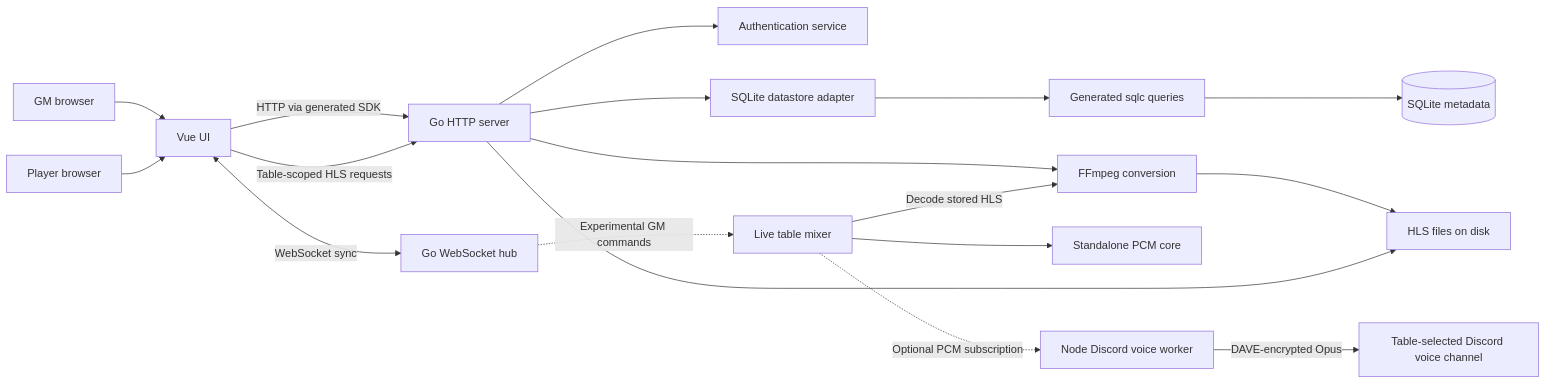
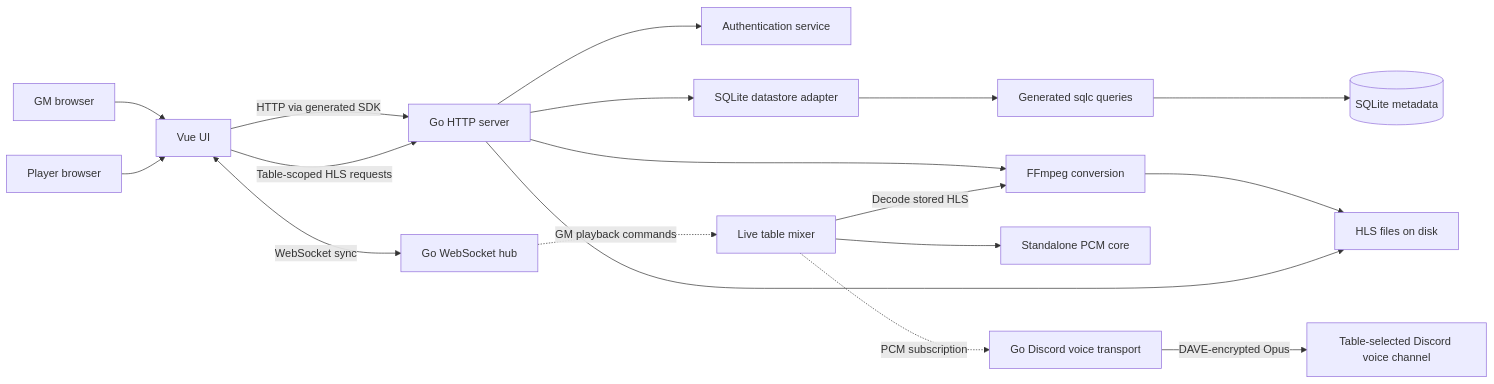
Before and after one commit to terrabitz/rpg-audio-streamer: the diagram in docs/architecture.md, drawn with Mermaid. The commit also changed other lines of this file and 146 other files, not shown here.

````diff
--- a/docs/architecture.md
+++ b/docs/architecture.md
@@ -11,20 +11,20 @@
 ```mermaid
 flowchart LR
   GM[GM browser] --> UI[Vue UI]
   Player[Player browser] --> UI
   UI -->|HTTP via generated SDK| API[Go HTTP server]
   UI <-->|WebSocket sync| Hub[Go WebSocket hub]
   UI -->|Table-scoped HLS requests| API
   API --> Auth[Authentication service]
   API --> Store[SQLite datastore adapter]
   Store --> Queries[Generated sqlc queries]
   Queries --> DB[(SQLite metadata)]
   API --> FFmpeg[FFmpeg conversion]
   FFmpeg --> Uploads[HLS files on disk]
   API --> Uploads
-  Hub -.->|Experimental GM commands| Mix[Live table mixer]
+  Hub -.->|GM playback commands| Mix[Live table mixer]
   Mix --> PCM[Standalone PCM core]
   Mix -->|Decode stored HLS| FFmpeg
-  Mix -.->|Optional PCM subscription| Voice[Node Discord voice worker]
+  Mix -.->|PCM subscription| Voice[Go Discord voice transport]
   Voice -->|DAVE-encrypted Opus| Discord[Table-selected Discord voice channel]
 ```
````
